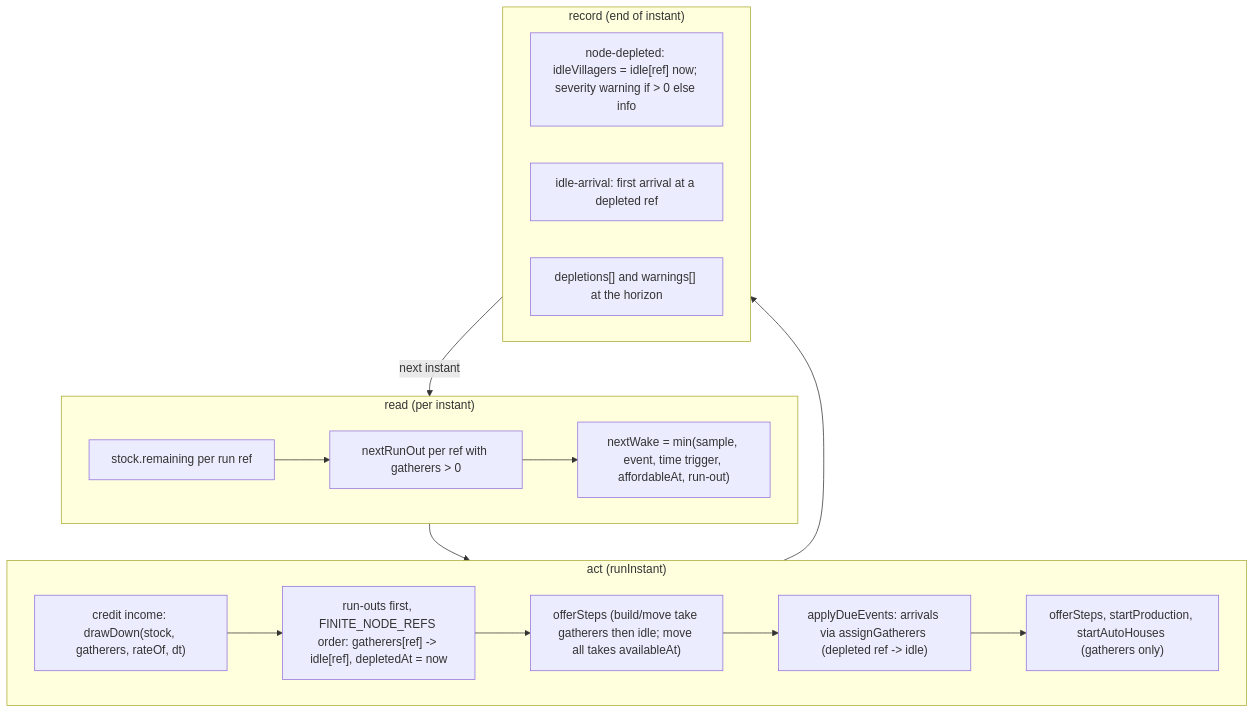
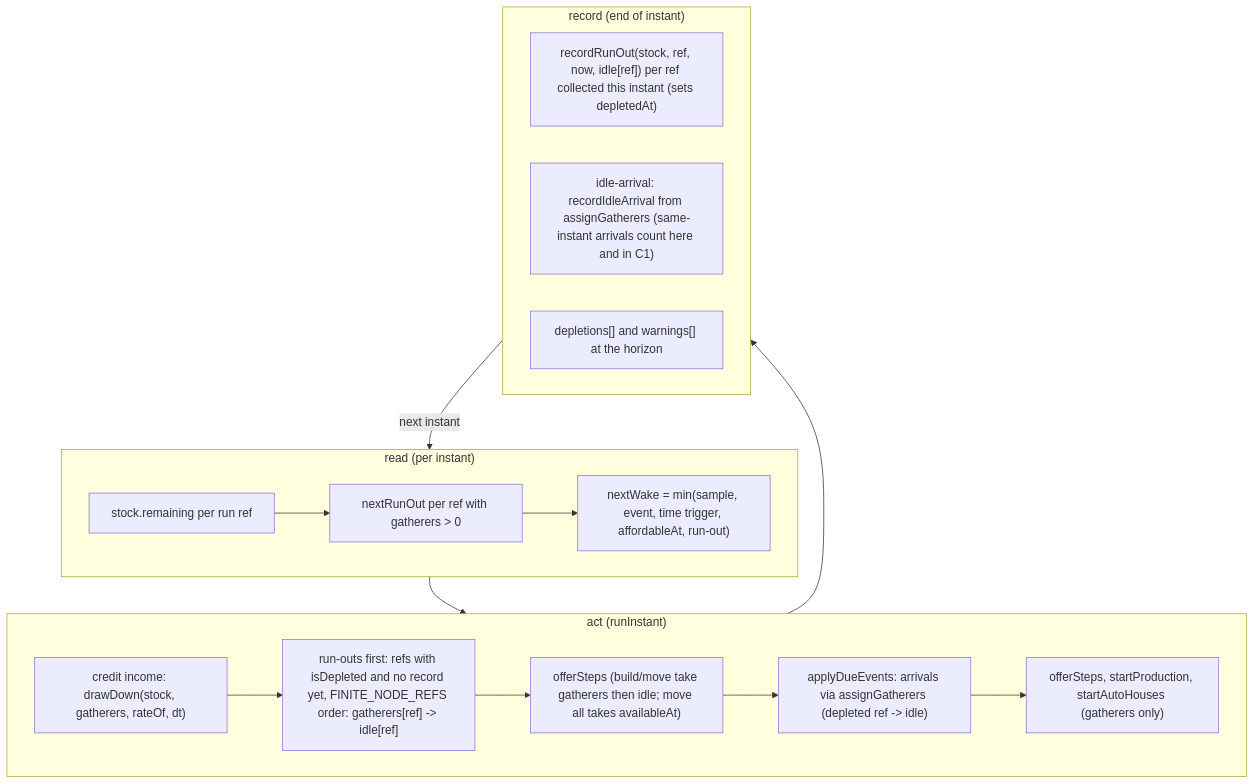
Before and after one commit to NicholasKChoi/WOTR_Combat_Simulator: the diagram in projects/strategy-game-sim/tickets/SGS-038-aoe4-depletion-engine.md, drawn with Mermaid. The commit also changed other lines of this file and 58 other files, not shown here.

````diff
--- a/projects/strategy-game-sim/tickets/SGS-038-aoe4-depletion-engine.md
+++ b/projects/strategy-game-sim/tickets/SGS-038-aoe4-depletion-engine.md
@@ -76,20 +77,20 @@
 ```mermaid
 flowchart TD
   subgraph read["read (per instant)"]
     R1["stock.remaining per run ref"] --> R2["nextRunOut per ref with gatherers > 0"]
     R2 --> R3["nextWake = min(sample, event, time trigger, affordableAt, run-out)"]
   end
   subgraph act["act (runInstant)"]
-    A0["credit income: drawDown(stock, gatherers, rateOf, dt)"] --> A1["run-outs first, FINITE_NODE_REFS order: gatherers[ref] -> idle[ref], depletedAt = now"]
+    A0["credit income: drawDown(stock, gatherers, rateOf, dt)"] --> A1["run-outs first: refs with isDepleted and no record yet, FINITE_NODE_REFS order: gatherers[ref] -> idle[ref]"]
     A1 --> A2["offerSteps (build/move take gatherers then idle; move all takes availableAt)"]
     A2 --> A3["applyDueEvents: arrivals via assignGatherers (depleted ref -> idle)"]
     A3 --> A4["offerSteps, startProduction, startAutoHouses (gatherers only)"]
   end
   subgraph record["record (end of instant)"]
-    C1["node-depleted: idleVillagers = idle[ref] now; severity warning if > 0 else info"]
-    C2["idle-arrival: first arrival at a depleted ref"]
+    C1["recordRunOut(stock, ref, now, idle[ref]) per ref collected this instant (sets depletedAt)"]
+    C2["idle-arrival: recordIdleArrival from assignGatherers (same-instant arrivals count here and in C1)"]
     C3["depletions[] and warnings[] at the horizon"]
   end
   read --> act --> record
   record -->|next instant| read
 ```
````
